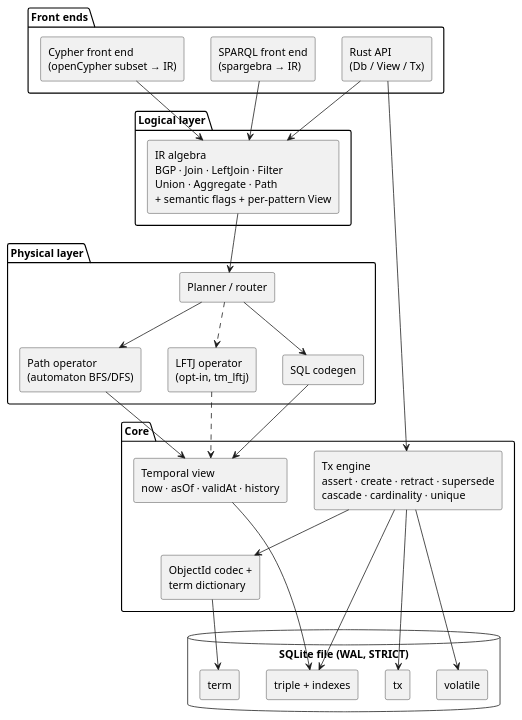
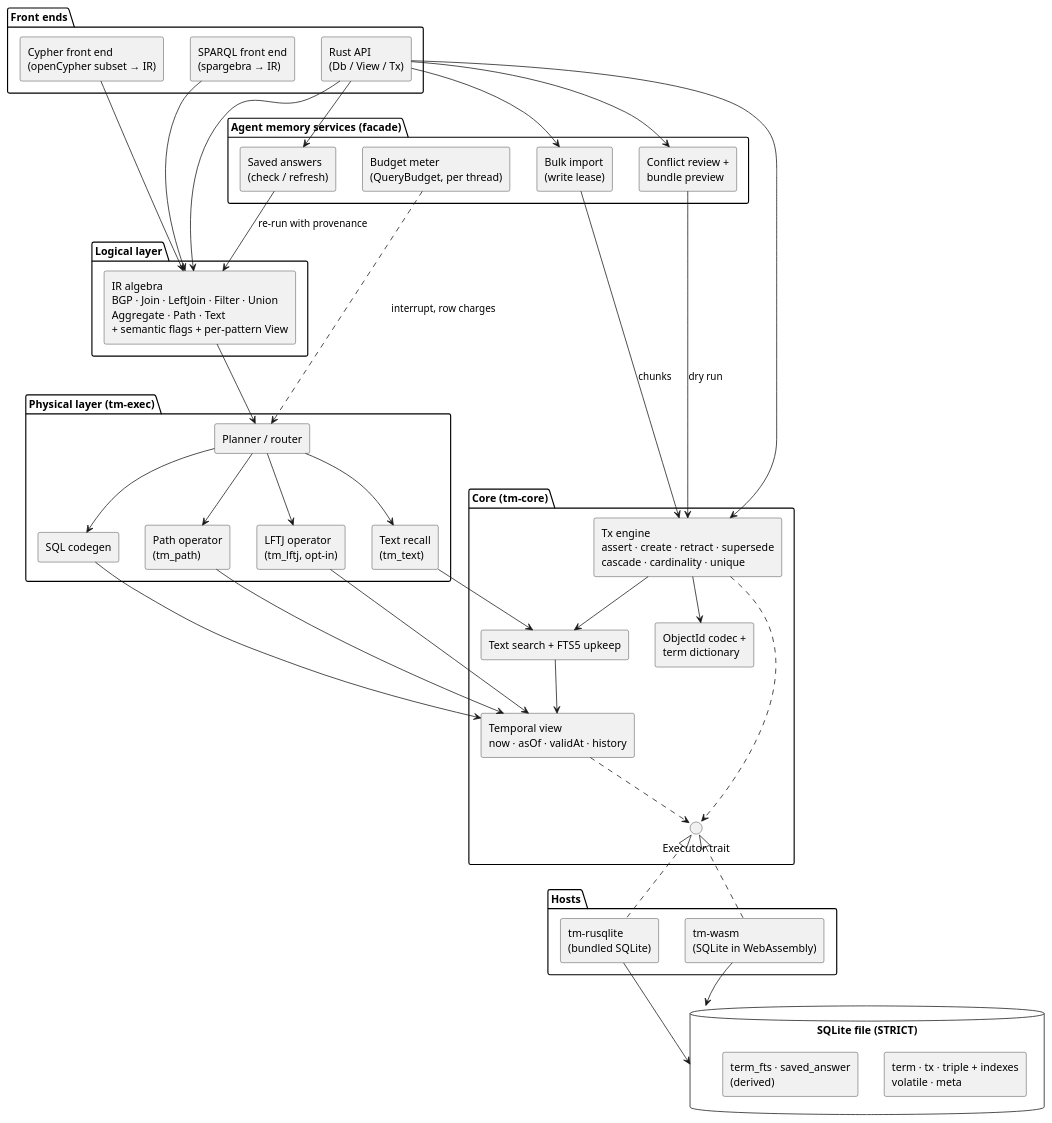
One commit to Volland/tiramemsu changed the first of 4 diagrams in lat.md/architecture.md. Above: the diagram before and after it, drawn with PlantUML. The commit also changed other lines of this file and 6 other files, not shown here.

Commit message:
lat.md: how the 0.3 features work, architecture, crate and deployment diagrams

````diff
--- a/lat.md/architecture.md
+++ b/lat.md/architecture.md
@@ -11,54 +13,79 @@
 ```plantuml
 @startuml layers
 skinparam componentStyle rectangle
 skinparam shadowing false
 
 package "Front ends" {
   [SPARQL front end\n(spargebra → IR)] as SPARQL
   [Cypher front end\n(openCypher subset → IR)] as CYPHER
   [Rust API\n(Db / View / Tx)] as API
 }
 
-package "Logical layer" {
-  [IR algebra\nBGP · Join · LeftJoin · Filter\nUnion · Aggregate · Path\n+ semantic flags + per-pattern View] as IR
+package "Agent memory services (facade)" {
+  [Budget meter\n(QueryBudget, per thread)] as BUDGET
+  [Saved answers\n(check / refresh)] as SAVED
+  [Conflict review +\nbundle preview] as REVIEW
+  [Bulk import\n(write lease)] as IMPORT
 }
 
-package "Physical layer" {
+package "Logical layer" {
+  [IR algebra\nBGP · Join · LeftJoin · Filter · Union\nAggregate · Path · Text\n+ semantic flags + per-pattern View] as IR
+}
+
+package "Physical layer (tm-exec)" {
   [Planner / router] as PLAN
   [SQL codegen] as SQLGEN
-  [Path operator\n(automaton BFS/DFS)] as PATH
-  [LFTJ operator\n(opt-in, tm_lftj)] as LFTJ
+  [Path operator\n(tm_path)] as PATH
+  [LFTJ operator\n(tm_lftj, opt-in)] as LFTJ
+  [Text recall\n(tm_text)] as TEXT
 }
 
-package "Core" {
+package "Core (tm-core)" {
   [Temporal view\nnow · asOf · validAt · history] as VIEW
   [Tx engine\nassert · create · retract · supersede\ncascade · cardinality · unique] as TX
+  [Text search + FTS5 upkeep] as TCORE
   [ObjectId codec +\nterm dictionary] as OID
+  interface "Executor trait" as EXEC
 }
 
-database "SQLite file (WAL, STRICT)" as DB {
-  [term] as T_TERM
-  [tx] as T_TX
-  [triple + indexes] as T_TRIPLE
-  [volatile] as T_VOL
+package "Hosts" {
+  [tm-rusqlite\n(bundled SQLite)] as RUSQ
+  [tm-wasm\n(SQLite in WebAssembly)] as WASM
+}
+
+database "SQLite file (STRICT)" as DB {
+  [term · tx · triple + indexes\nvolatile · meta] as T_GRAPH
+  [term_fts · saved_answer\n(derived)] as T_DERIVED
 }
 
 SPARQL --> IR
 CYPHER --> IR
 API --> IR
 API --> TX
+API --> SAVED
+API --> REVIEW
+API --> IMPORT
+BUDGET ..> PLAN : interrupt, row charges
+SAVED --> IR : re-run with provenance
+REVIEW --> TX : dry run
+IMPORT --> TX : chunks
 IR --> PLAN
 PLAN --> SQLGEN
 PLAN --> PATH
-PLAN ..> LFTJ
+PLAN --> LFTJ
+PLAN --> TEXT
 SQLGEN --> VIEW
 PATH --> VIEW
-LFTJ ..> VIEW
-VIEW --> T_TRIPLE
-TX --> T_TRIPLE
-TX --> T_TX
+LFTJ --> VIEW
+TEXT --> TCORE
+TCORE --> VIEW
 TX --> OID
-OID --> T_TERM
-TX --> T_VOL
+TX --> TCORE
+VIEW ..> EXEC
+TX ..> EXEC
+EXEC <|.. RUSQ
+EXEC <|.. WASM
+RUSQ --> DB
+WASM --> DB
 @enduml
 ```
````
